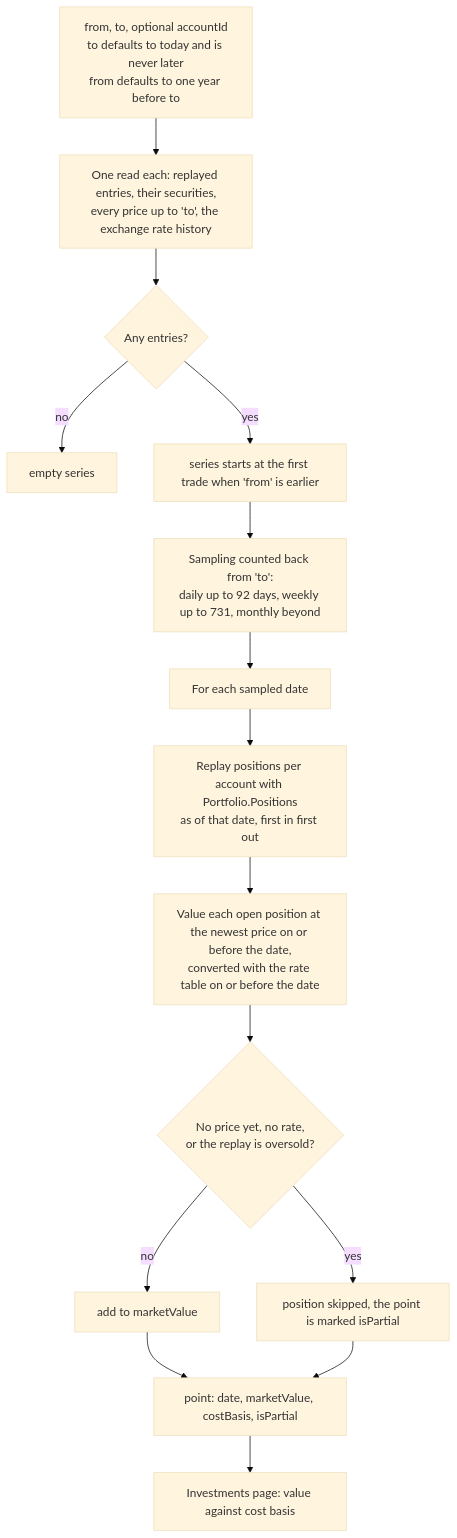
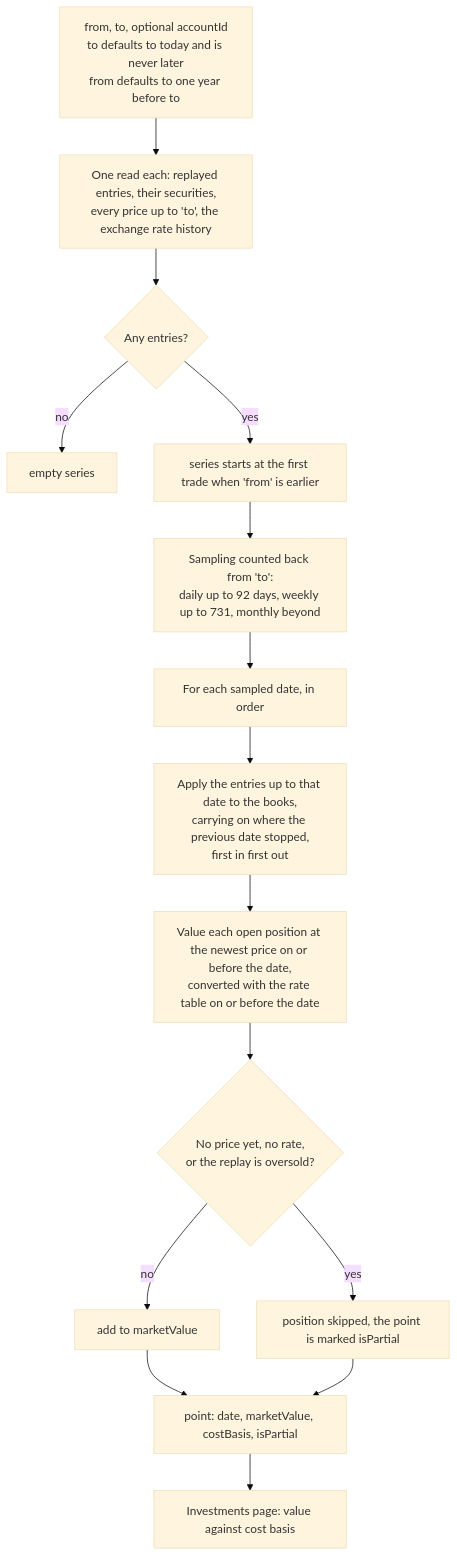
One commit to Justxs/Jx-Finance changed the fifth of 9 diagrams in docs/features/20. Investments.md. Above: the diagram before and after it, drawn with Mermaid (base theme). The commit also changed other lines of this file and 7 other files, not shown here.

````diff
--- a/docs/features/20. Investments.md
+++ b/docs/features/20. Investments.md
@@ -89,17 +89,17 @@
 ```mermaid
 flowchart TD
     Req["from, to, optional accountId<br/>to defaults to today and is never later<br/>from defaults to one year before to"] --> Load["One read each: replayed entries, their securities,<br/>every price up to 'to', the exchange rate history"]
     Load --> Empty{"Any entries?"}
     Empty -->|"no"| None["empty series"]
     Empty -->|"yes"| Start["series starts at the first trade when 'from' is earlier"]
     Start --> Sample["Sampling counted back from 'to':<br/>daily up to 92 days, weekly up to 731, monthly beyond"]
-    Sample --> Each["For each sampled date"]
-    Each --> Replay["Replay positions per account with Portfolio.Positions<br/>as of that date, first in first out"]
+    Sample --> Each["For each sampled date, in order"]
+    Each --> Replay["Apply the entries up to that date to the books,<br/>carrying on where the previous date stopped,<br/>first in first out"]
     Replay --> Price["Value each open position at the newest price on or before the date,<br/>converted with the rate table on or before the date"]
     Price --> Missing{"No price yet, no rate,<br/>or the replay is oversold?"}
     Missing -->|"yes"| Partial["position skipped, the point is marked isPartial"]
     Missing -->|"no"| Add["add to marketValue"]
     Add --> Point["point: date, marketValue, costBasis, isPartial"]
     Partial --> Point
     Point --> Chart["Investments page: value against cost basis"]
 ```
````
